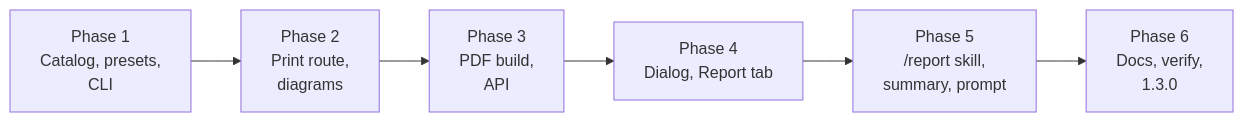
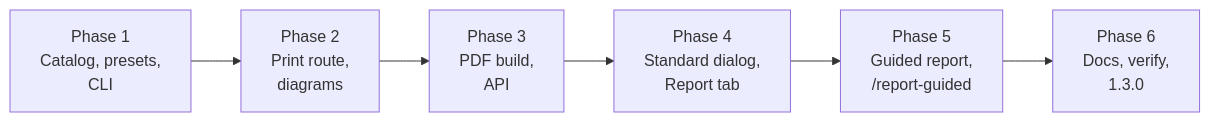
Before and after one commit to Aricato15/Archeion: the diagram in docs/roadmap/2026-11-17-project-report-plan.md, drawn with Mermaid. The commit also changed other lines of this file and 1 other file, not shown here.

Commit message:
docs(report): split the report into standard and guided modes

````diff
--- a/docs/roadmap/2026-11-17-project-report-plan.md
+++ b/docs/roadmap/2026-11-17-project-report-plan.md
@@ -5,8 +5,8 @@
 ```mermaid
 flowchart LR
   P1["Phase 1<br/>Catalog, presets,<br/>CLI"] --> P2["Phase 2<br/>Print route,<br/>diagrams"]
   P2 --> P3["Phase 3<br/>PDF build,<br/>API"]
-  P3 --> P4["Phase 4<br/>Dialog, Report tab"]
-  P4 --> P5["Phase 5<br/>/report skill,<br/>summary, prompt"]
+  P3 --> P4["Phase 4<br/>Standard dialog,<br/>Report tab"]
+  P4 --> P5["Phase 5<br/>Guided report,<br/>/report-guided"]
   P5 --> P6["Phase 6<br/>Docs, verify,<br/>1.3.0"]
 ```
````
